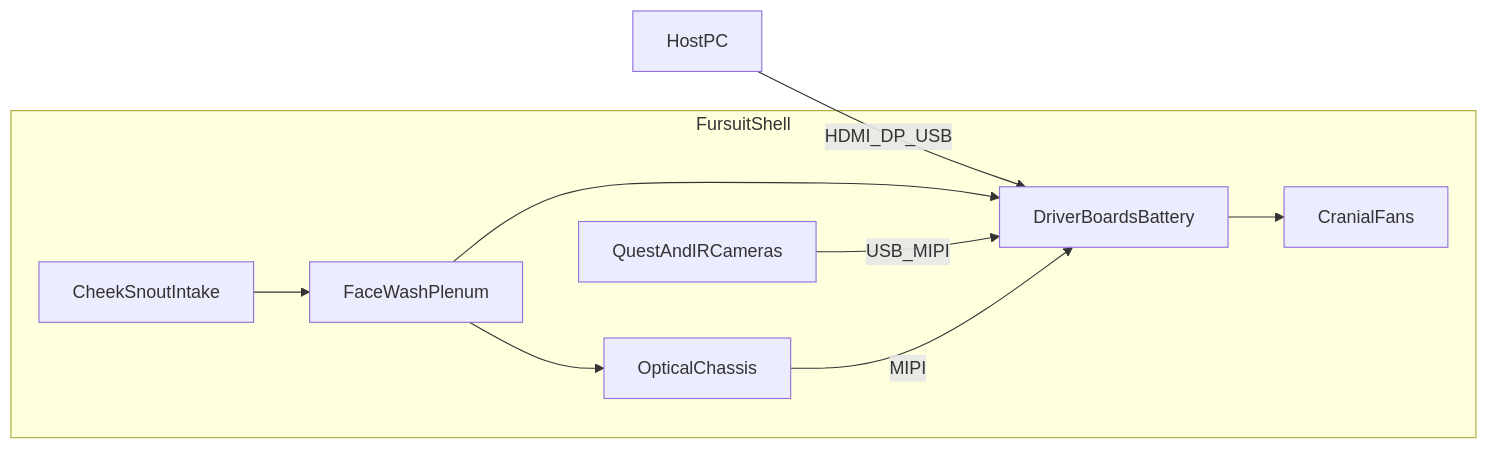
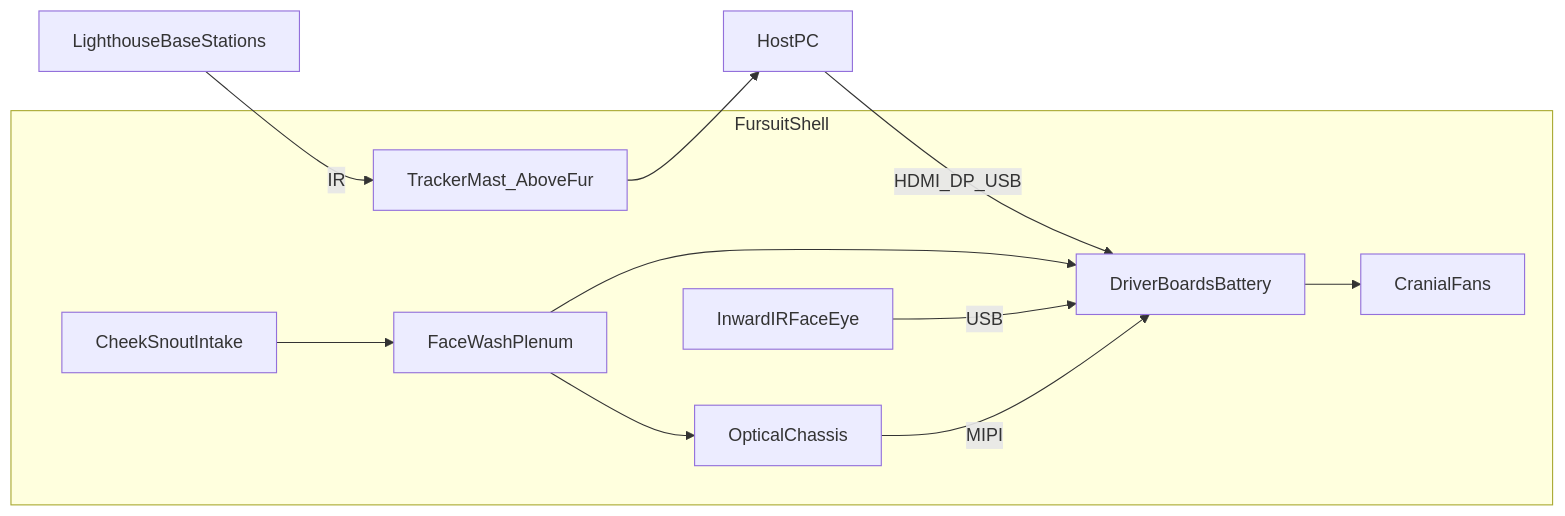
Before and after one commit to Ikaros2491/Backupgmod: the diagram in furry-vr-headset/README.md, drawn with Mermaid. The commit also changed other lines of this file and 7 other files, not shown here.

First line of the commit message:
Recommend outside-in mast tracking; document LiDAR/fur limits

````diff
--- a/furry-vr-headset/README.md
+++ b/furry-vr-headset/README.md
@@ -17,16 +18,19 @@
 ```mermaid
 flowchart LR
   subgraph shell [FursuitShell]
     Intake[CheekSnoutIntake]
     FaceWash[FaceWashPlenum]
     Optics[OpticalChassis]
-    Cams[QuestAndIRCameras]
+    FaceCams[InwardIRFaceEye]
+    Mast[TrackerMast_AboveFur]
     Elec[DriverBoardsBattery]
     Exhaust[CranialFans]
   end
+  BS[LighthouseBaseStations] -->|IR| Mast
   PC[HostPC] -->|HDMI_DP_USB| Elec
+  Mast --> PC
   Intake --> FaceWash --> Elec --> Exhaust
   FaceWash --> Optics
-  Cams -->|USB_MIPI| Elec
+  FaceCams -->|USB| Elec
   Optics -->|MIPI| Elec
 ```
````
